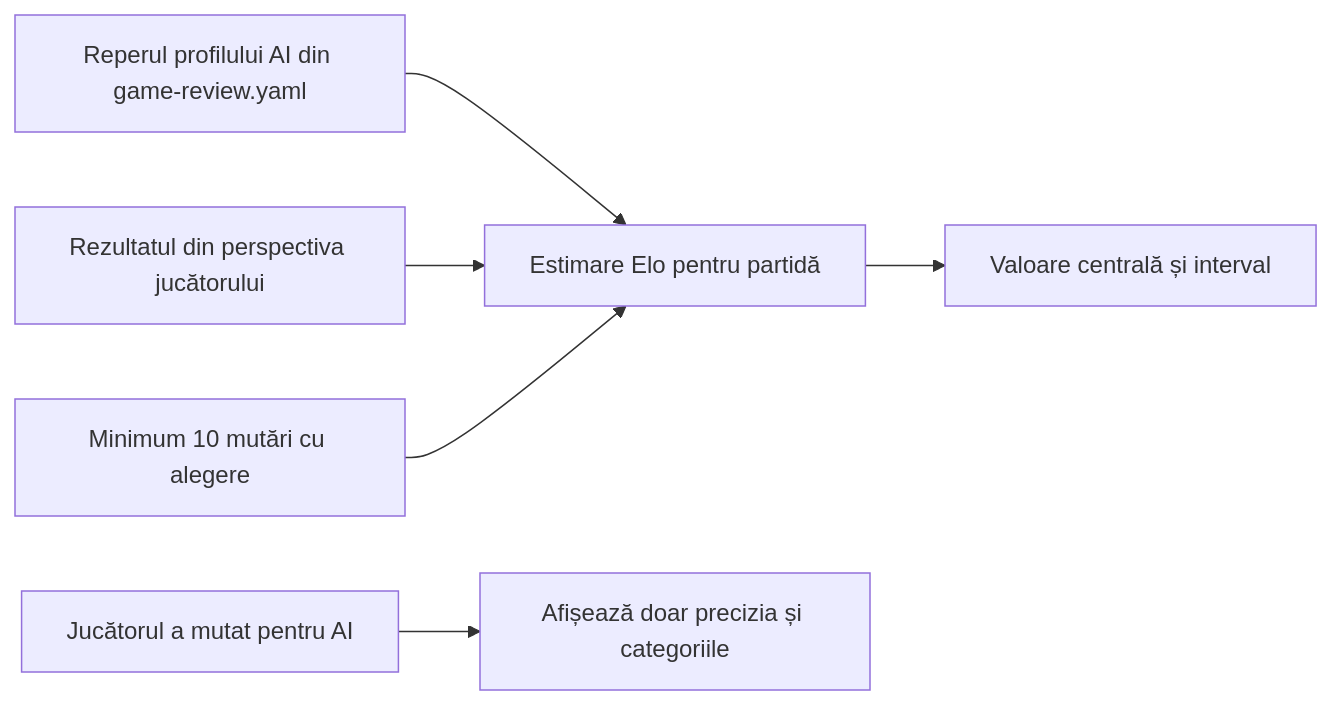
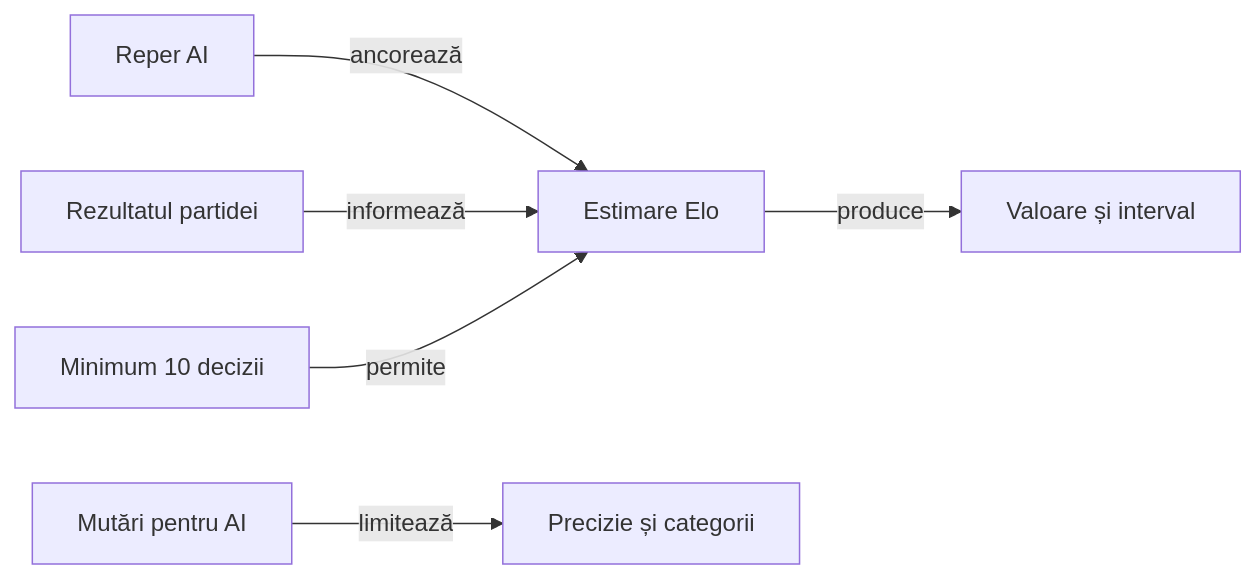
One commit to crististefanita/atf_j7 changed the third of 4 diagrams in docs/board/game-review.md. Above: the diagram before and after it, drawn with Mermaid. The commit also changed other lines of this file and 39 other files, not shown here.

````diff
--- a/docs/board/game-review.md
+++ b/docs/board/game-review.md
@@ -81,8 +98,8 @@
 ```mermaid
 flowchart LR
-    A["Reperul profilului AI din game-review.yaml"] --> E["Estimare Elo pentru partidă"]
-    B["Rezultatul din perspectiva jucătorului"] --> E
-    C["Minimum 10 mutări cu alegere"] --> E
-    E --> D["Valoare centrală și interval"]
-    H["Jucătorul a mutat pentru AI"] --> F["Afișează doar precizia și categoriile"]
+    A["Reper AI"] -->|ancorează| E["Estimare Elo"]
+    B["Rezultatul partidei"] -->|informează| E
+    C["Minimum 10 decizii"] -->|permite| E
+    E -->|produce| D["Valoare și interval"]
+    H["Mutări pentru AI"] -->|limitează| F["Precizie și categorii"]
 ```
````
